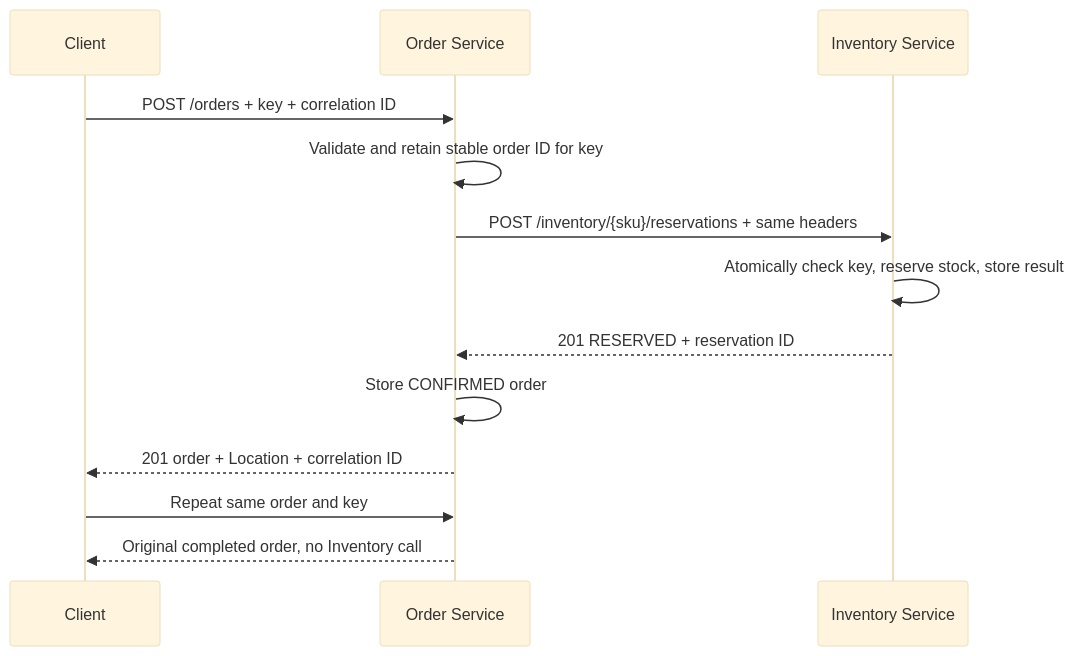
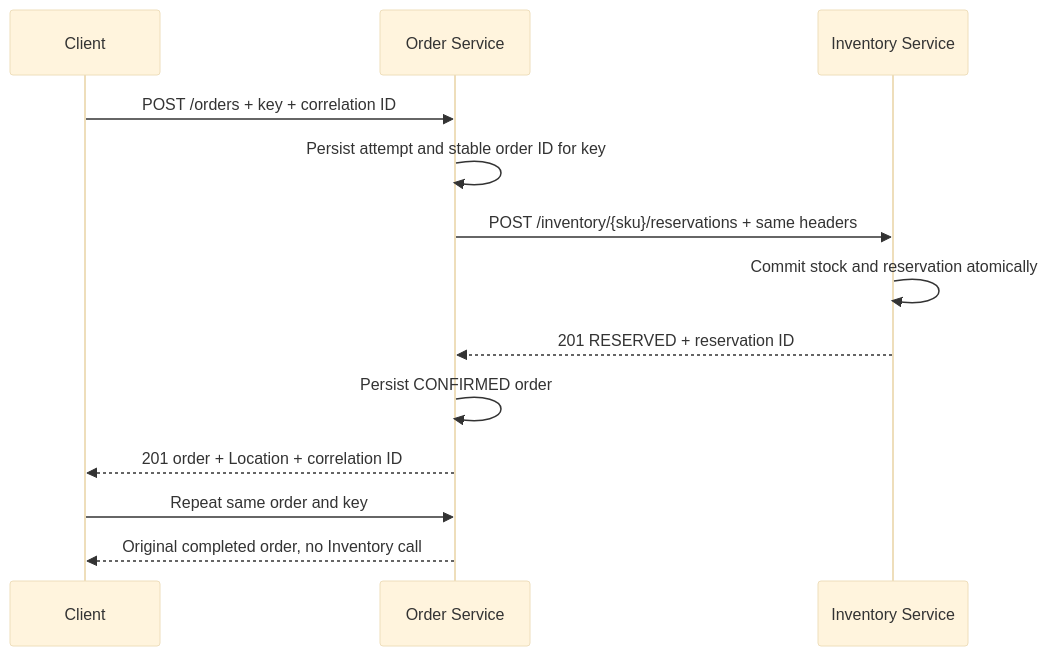
One commit to Harsha-T-G/Spring-Microservices changed the second of 3 diagrams in docs/service-boundaries.md. Above: the diagram before and after it, drawn with Mermaid (base theme). The commit also changed other lines of this file and 51 other files, not shown here.

````diff
--- a/docs/service-boundaries.md
+++ b/docs/service-boundaries.md
@@ -89,15 +90,15 @@
 ```mermaid
 sequenceDiagram
     participant C as Client
     participant O as Order Service
     participant I as Inventory Service
     C->>O: POST /orders + key + correlation ID
-    O->>O: Validate and retain stable order ID for key
+    O->>O: Persist attempt and stable order ID for key
     O->>I: POST /inventory/{sku}/reservations + same headers
-    I->>I: Atomically check key, reserve stock, store result
+    I->>I: Commit stock and reservation atomically
     I-->>O: 201 RESERVED + reservation ID
-    O->>O: Store CONFIRMED order
+    O->>O: Persist CONFIRMED order
     O-->>C: 201 order + Location + correlation ID
     C->>O: Repeat same order and key
     O-->>C: Original completed order, no Inventory call
 ```
````
